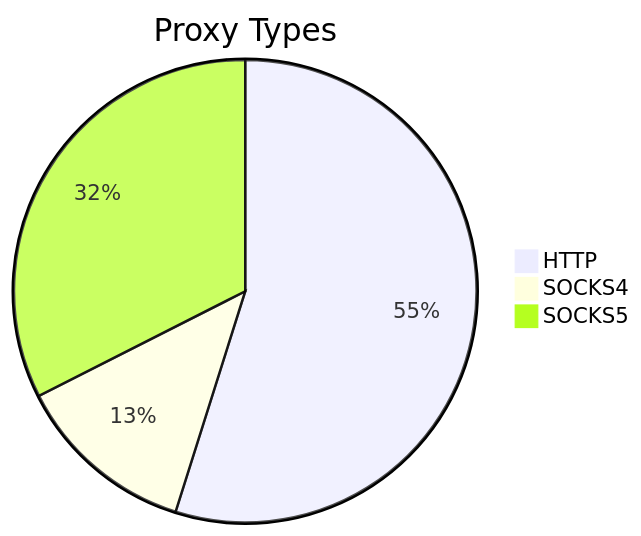
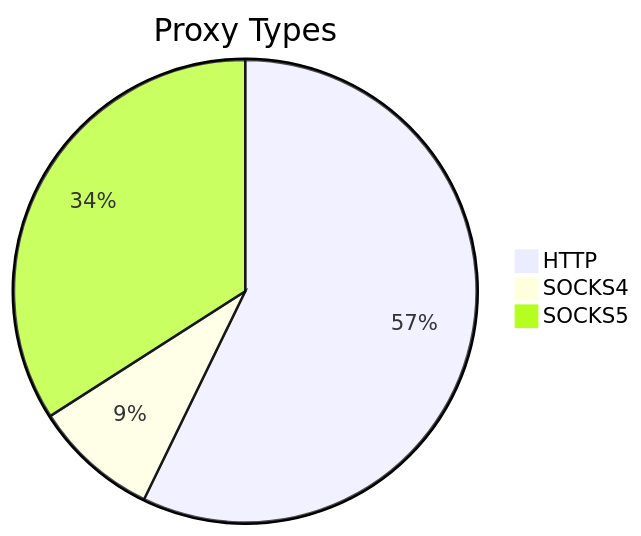
Before and after one commit to stormsia/proxy-list: the first of 2 diagrams in README.md, drawn with Mermaid. The commit also changed other lines of this file, not shown here.

````diff
--- a/README.md
+++ b/README.md
@@ -21,6 +21,6 @@
 ```mermaid
 pie title Proxy Types
-    "HTTP" : 169
-    "SOCKS4" : 39
-    "SOCKS5" : 100
+    "HTTP" : 131
+    "SOCKS4" : 20
+    "SOCKS5" : 78
 ```
````
